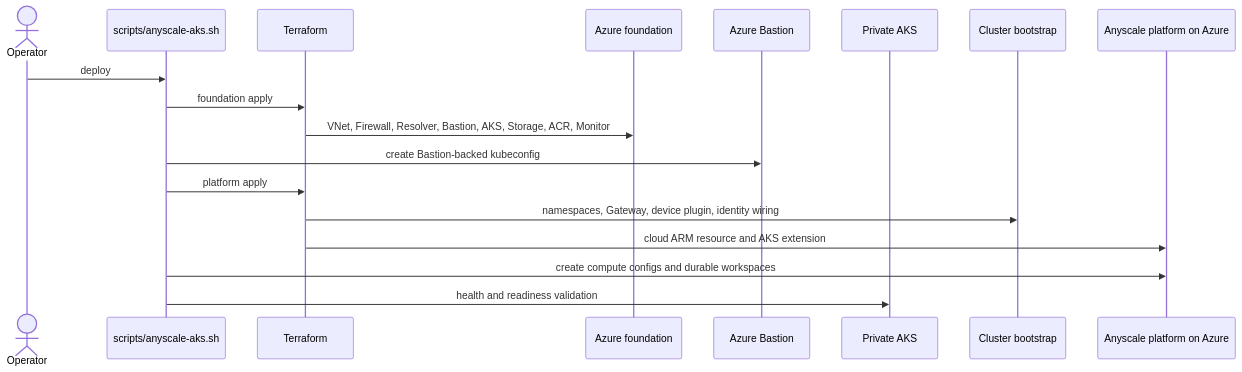
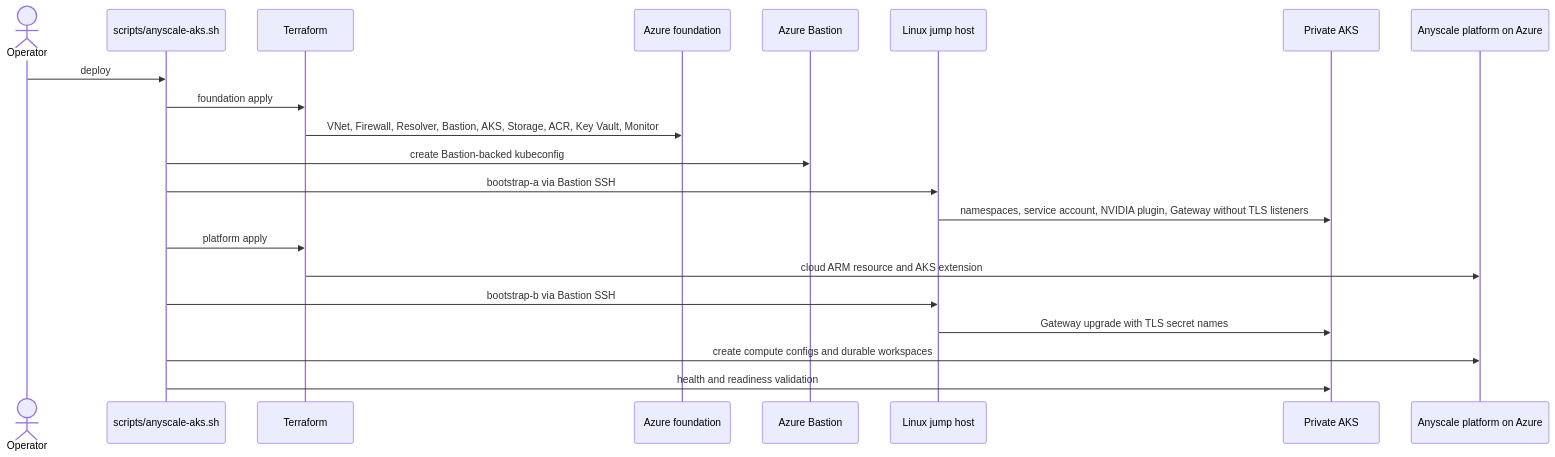
One commit to KenKilty/AKS-Anyscale-Private-Cluster-Sample changed the first of 3 diagrams in README.md. Above: the diagram before and after it, drawn with Mermaid. The commit also changed other lines of this file and 131 other files, not shown here.

````diff
--- a/README.md
+++ b/README.md
@@ -85,21 +107,24 @@
 ```mermaid
 sequenceDiagram
     actor Operator
     participant Setup as scripts/anyscale-aks.sh
     participant TF as Terraform
     participant Azure as Azure foundation
     participant Bastion as Azure Bastion
+   participant Jump as Linux jump host
     participant AKS as Private AKS
-    participant Bootstrap as Cluster bootstrap
     participant Platform as Anyscale platform on Azure
 
     Operator->>Setup: deploy
     Setup->>TF: foundation apply
-    TF->>Azure: VNet, Firewall, Resolver, Bastion, AKS, Storage, ACR, Monitor
+   TF->>Azure: VNet, Firewall, Resolver, Bastion, AKS, Storage, ACR, Key Vault, Monitor
     Setup->>Bastion: create Bastion-backed kubeconfig
+   Setup->>Jump: bootstrap-a via Bastion SSH
+    Jump->>AKS: namespaces, service account, NVIDIA plugin, Gateway without TLS listeners
     Setup->>TF: platform apply
-    TF->>Bootstrap: namespaces, Gateway, device plugin, identity wiring
     TF->>Platform: cloud ARM resource and AKS extension
+   Setup->>Jump: bootstrap-b via Bastion SSH
+    Jump->>AKS: Gateway upgrade with TLS secret names
     Setup->>Platform: create compute configs and durable workspaces
     Setup->>AKS: health and readiness validation
 ```
````
